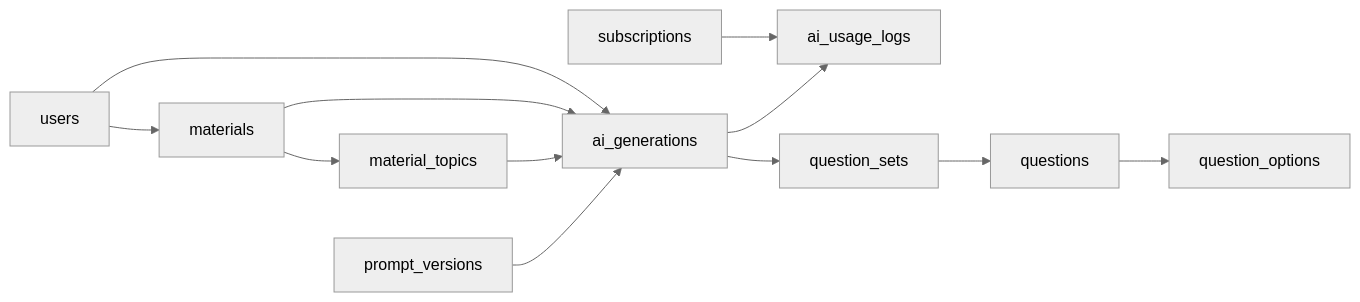
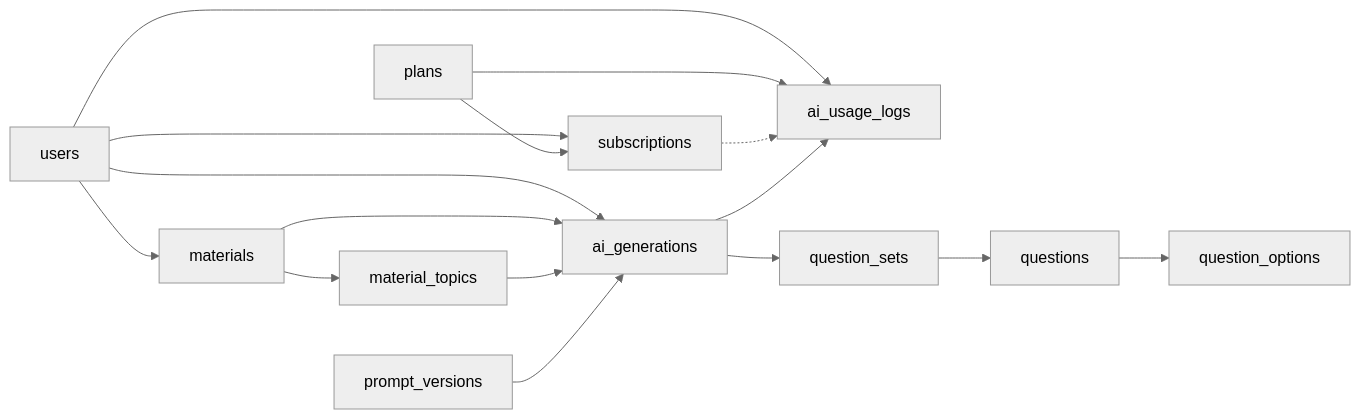
One commit to 1aghismuhammad/Quiestion-Bank- changed the first of 2 diagrams in docs/database/DATABASE_REFERENCE.md. Above: the diagram before and after it, drawn with Mermaid (neutral theme). The commit also changed other lines of this file and 24 other files, not shown here.

````diff
--- a/docs/database/DATABASE_REFERENCE.md
+++ b/docs/database/DATABASE_REFERENCE.md
@@ -21,14 +21,18 @@
 ```mermaid
 flowchart LR
     U[users] --> M[materials]
     M --> T[material_topics]
+    U --> Sub[subscriptions]
+    Pl[plans] --> Sub
     U --> G[ai_generations]
     M --> G
     T --> G
     P[prompt_versions] --> G
-    S[subscriptions] --> L[ai_usage_logs]
+    U --> L[ai_usage_logs]
+    Pl --> L
+    Sub -.-> L
     G --> L
     G --> QS[question_sets]
     QS --> Q[questions]
     Q --> O[question_options]
 ```
````
